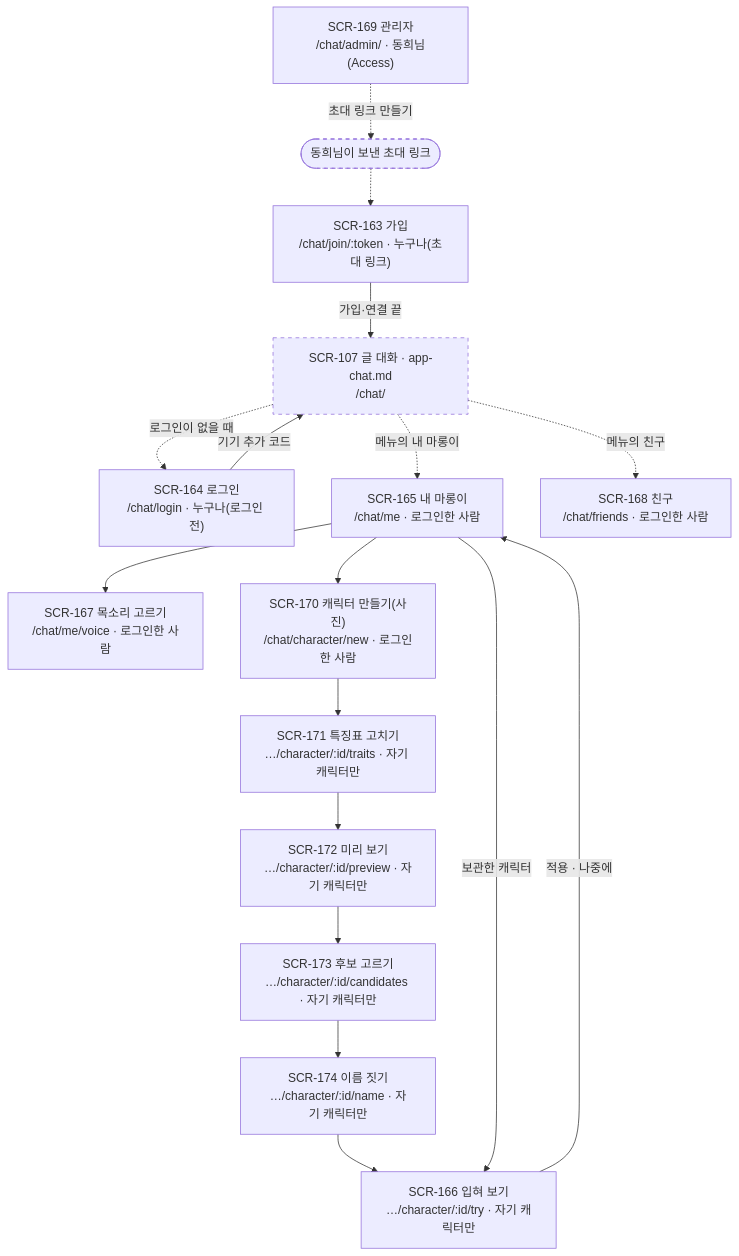
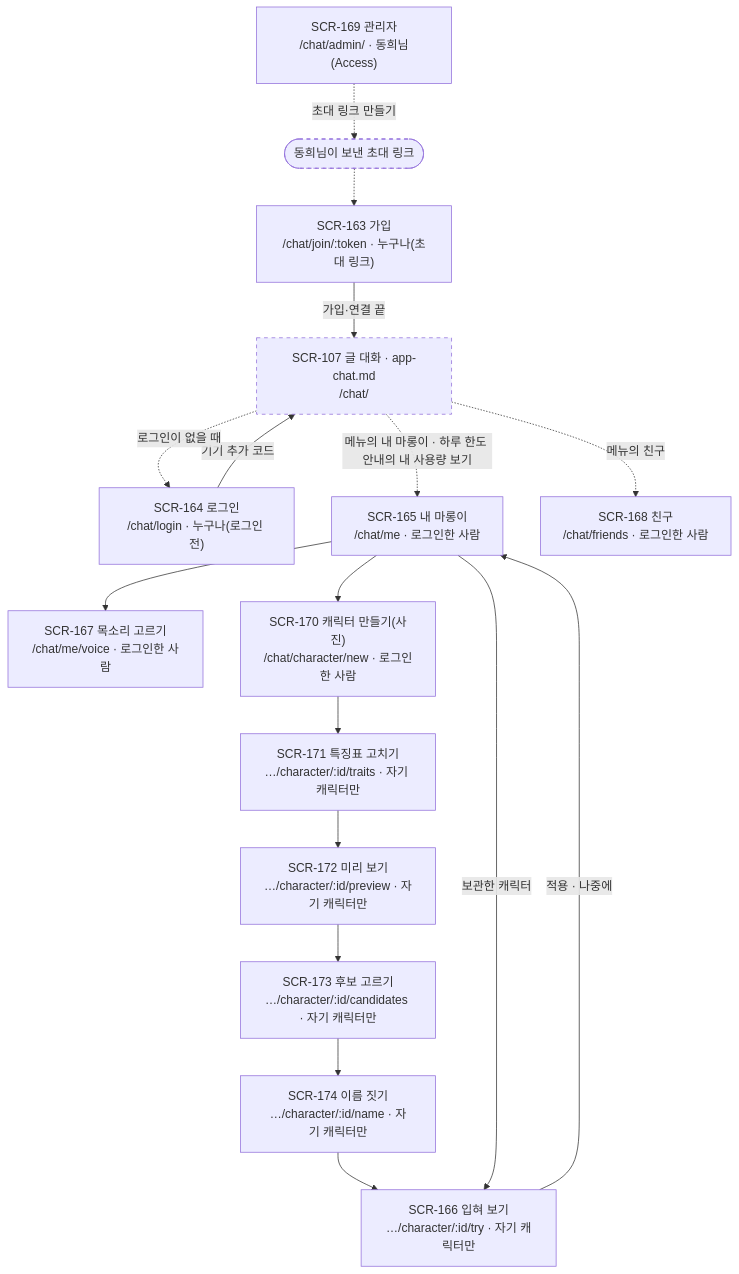
Before and after one commit to kodonghui/marong2: the second of 3 diagrams in docs/07-sitemap/sitemap.md, drawn with Mermaid. The commit also changed other lines of this file and 18 other files, not shown here.

````diff
--- a/docs/07-sitemap/sitemap.md
+++ b/docs/07-sitemap/sitemap.md
@@ -109,21 +109,21 @@
 ```mermaid
 flowchart TD
   INV(["동희님이 보낸 초대 링크"]) -.-> U163["SCR-163 가입<br/>/chat/join/:token · 누구나(초대 링크)"]
   U169["SCR-169 관리자<br/>/chat/admin/ · 동희님(Access)"] -.->|초대 링크 만들기| INV
   U163 -->|가입·연결 끝| SCR107["SCR-107 글 대화 · app-chat.md<br/>/chat/"]
   U164["SCR-164 로그인<br/>/chat/login · 누구나(로그인 전)"] -->|기기 추가 코드| SCR107
   SCR107 -.->|로그인이 없을 때| U164
-  SCR107 -.->|메뉴의 내 마롱이| U165["SCR-165 내 마롱이<br/>/chat/me · 로그인한 사람"]
+  SCR107 -.->|메뉴의 내 마롱이 · 하루 한도 안내의 내 사용량 보기| U165["SCR-165 내 마롱이<br/>/chat/me · 로그인한 사람"]
   SCR107 -.->|메뉴의 친구| U168["SCR-168 친구<br/>/chat/friends · 로그인한 사람"]
   U165 --> U167["SCR-167 목소리 고르기<br/>/chat/me/voice · 로그인한 사람"]
   U165 --> U170["SCR-170 캐릭터 만들기(사진)<br/>/chat/character/new · 로그인한 사람"]
   U170 --> U171["SCR-171 특징표 고치기<br/>…/character/:id/traits · 자기 캐릭터만"]
   U171 --> U172["SCR-172 미리 보기<br/>…/character/:id/preview · 자기 캐릭터만"]
   U172 --> U173["SCR-173 후보 고르기<br/>…/character/:id/candidates · 자기 캐릭터만"]
   U173 --> U174["SCR-174 이름 짓기<br/>…/character/:id/name · 자기 캐릭터만"]
   U174 --> U166["SCR-166 입혀 보기<br/>…/character/:id/try · 자기 캐릭터만"]
   U165 -->|보관한 캐릭터| U166
   U166 -->|적용 · 나중에| U165
   classDef outside stroke-dasharray: 5 5
   class INV,SCR107 outside
 ```
````
